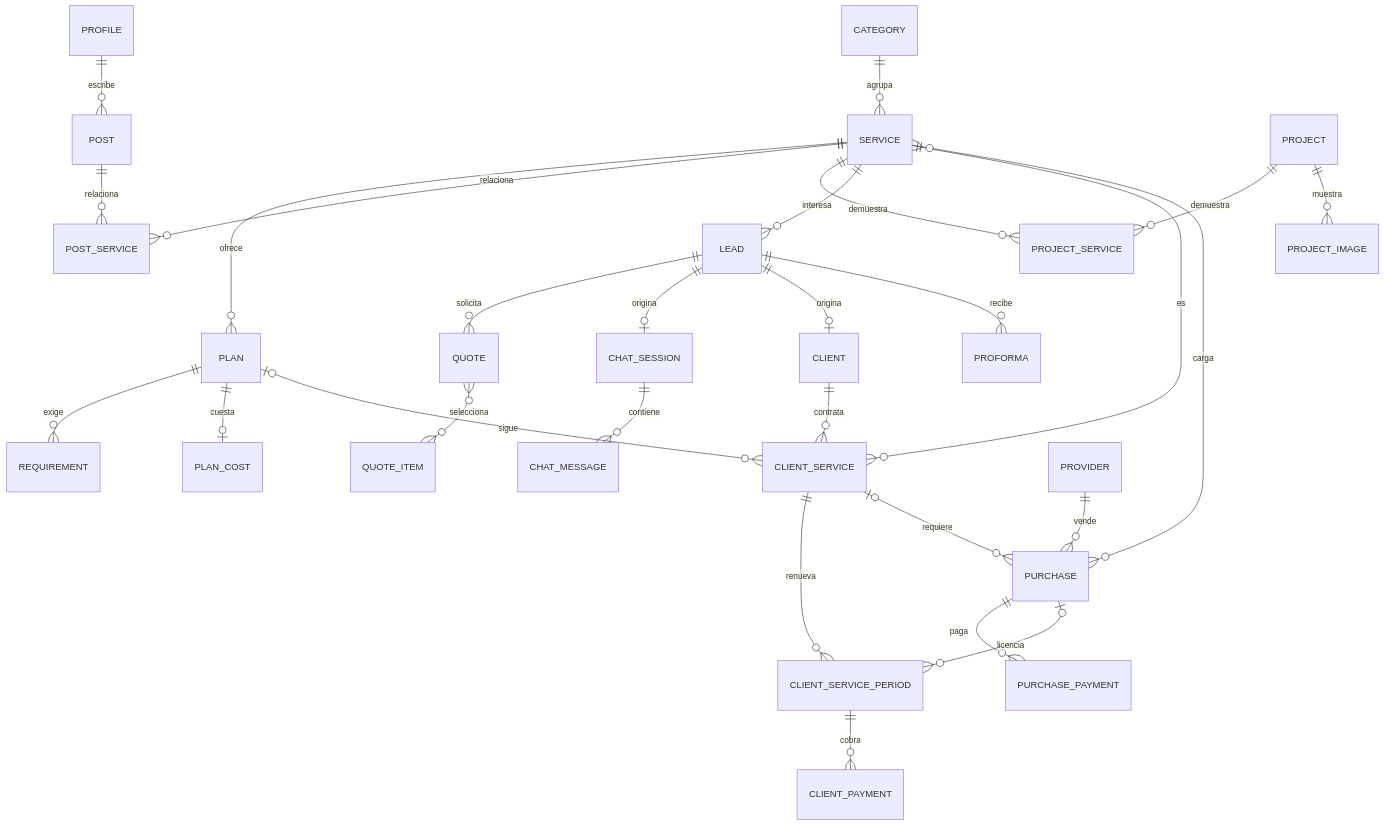
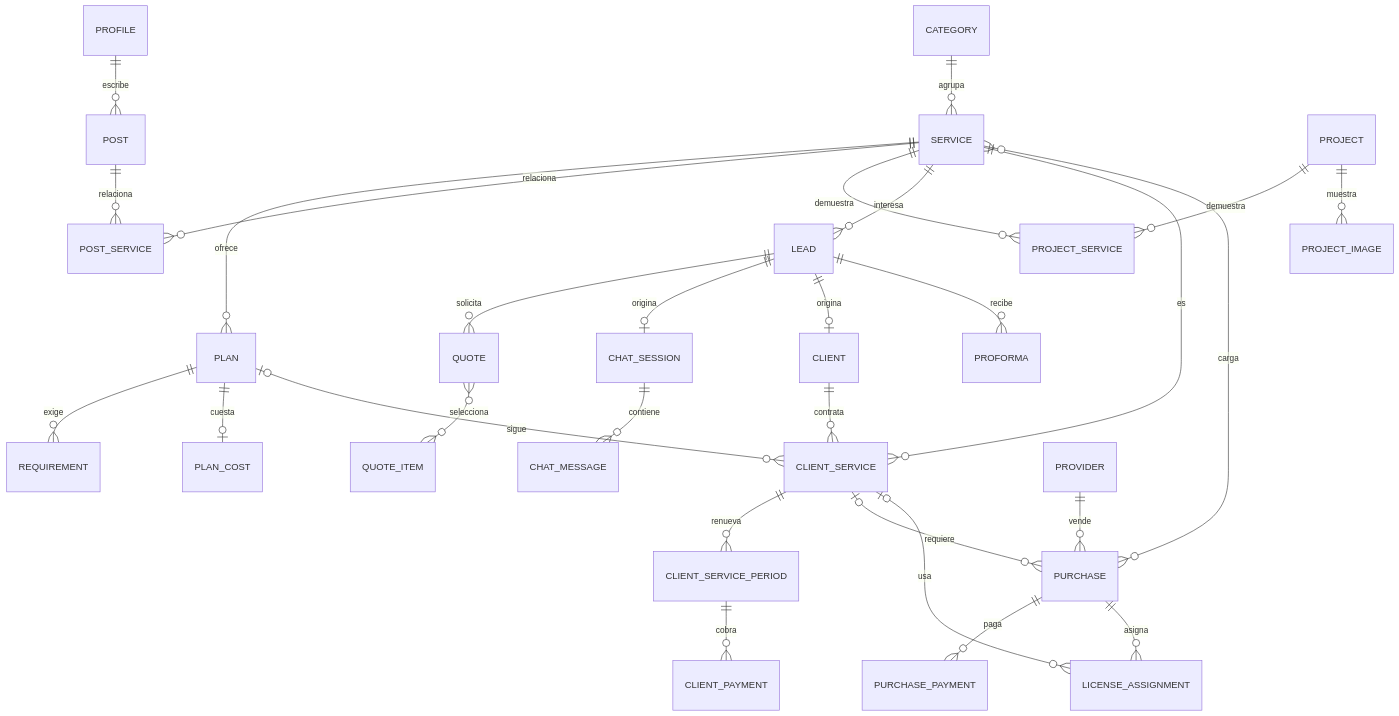
Before and after one commit to ma74ni/siete8: the fifth of 5 diagrams in docs/SRS.md, drawn with Mermaid. The commit also changed other lines of this file and 16 other files, not shown here.

````diff
--- a/docs/SRS.md
+++ b/docs/SRS.md
@@ -441,30 +441,31 @@
 ```mermaid
 erDiagram
     CATEGORY ||--o{ SERVICE : agrupa
     SERVICE ||--o{ PLAN : ofrece
     PLAN ||--o{ REQUIREMENT : exige
     SERVICE ||--o{ POST_SERVICE : relaciona
     POST ||--o{ POST_SERVICE : relaciona
     SERVICE ||--o{ PROJECT_SERVICE : demuestra
     PROJECT ||--o{ PROJECT_SERVICE : demuestra
     PROJECT ||--o{ PROJECT_IMAGE : muestra
     SERVICE ||--o{ LEAD : interesa
     LEAD ||--o{ QUOTE : solicita
     QUOTE }o--o{ QUOTE_ITEM : selecciona
     LEAD ||--o| CHAT_SESSION : origina
     CHAT_SESSION ||--o{ CHAT_MESSAGE : contiene
     PROFILE ||--o{ POST : escribe
     PLAN ||--o| PLAN_COST : cuesta
     LEAD ||--o| CLIENT : origina
     CLIENT ||--o{ CLIENT_SERVICE : contrata
     SERVICE ||--o{ CLIENT_SERVICE : es
     PLAN |o--o{ CLIENT_SERVICE : sigue
     CLIENT_SERVICE ||--o{ CLIENT_SERVICE_PERIOD : renueva
     CLIENT_SERVICE_PERIOD ||--o{ CLIENT_PAYMENT : cobra
     PROVIDER ||--o{ PURCHASE : vende
     PURCHASE ||--o{ PURCHASE_PAYMENT : paga
     PURCHASE }o--o{ SERVICE : carga
     CLIENT_SERVICE |o--o{ PURCHASE : requiere
-    PURCHASE |o--o{ CLIENT_SERVICE_PERIOD : licencia
+    PURCHASE ||--o{ LICENSE_ASSIGNMENT : asigna
+    CLIENT_SERVICE |o--o{ LICENSE_ASSIGNMENT : usa
     LEAD ||--o{ PROFORMA : recibe
 ```
````
